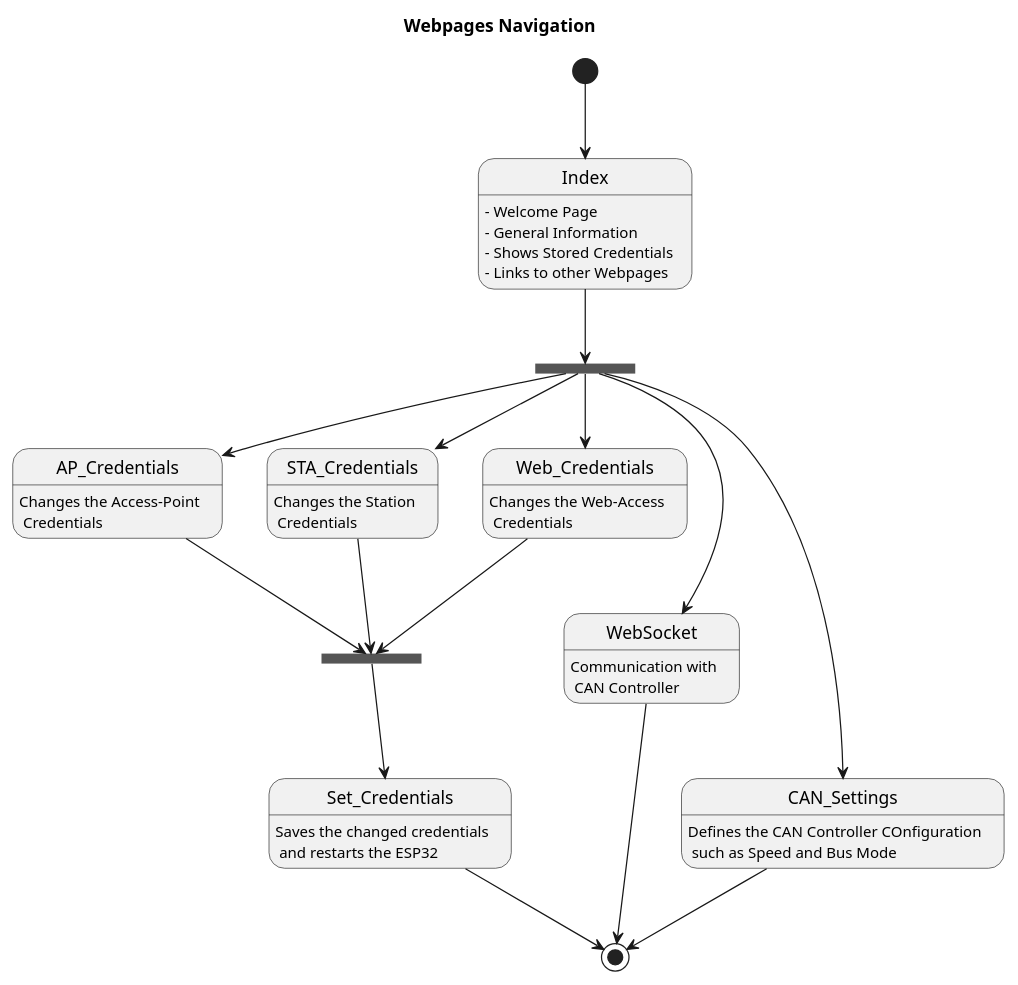
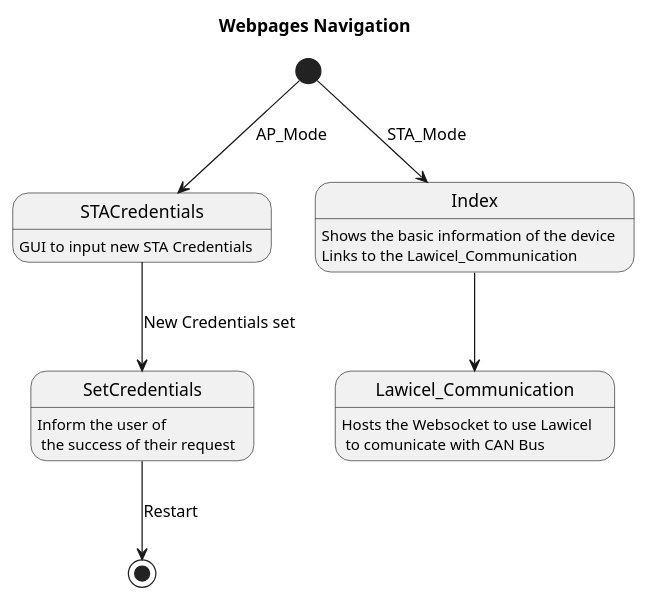
Before and after one commit to NewTec-GmbH/esp32-can-iot: the diagram in Coding/fw/doc/design/Architecture_Webpages.plantuml, drawn with PlantUML. The commit also changed 3 other files, not shown here.

Commit message:
Wrote Detailed Design in Readme and fixed Diagrams

```diff
--- a/Coding/fw/doc/design/Architecture_Webpages.plantuml
+++ b/Coding/fw/doc/design/Architecture_Webpages.plantuml
@@ -1,42 +1,19 @@
 @startuml
 
 Title Webpages Navigation
 
-[*] --> Index
-Index : - Welcome Page
-Index : - General Information
-Index : - Shows Stored Credentials
-Index : - Links to other Webpages
+STACredentials : GUI to input new STA Credentials
+SetCredentials : Inform the user of\n the success of their request
+Index : Shows the basic information of the device
+Index : Links to the Lawicel_Communication
+Lawicel_Communication : Hosts the Websocket to use Lawicel \n to comunicate with CAN Bus
 
-state Index_fork <<fork>>
-    Index --> Index_fork
-
-    Index_fork --> AP_Credentials
-    Index_fork --> STA_Credentials
-    Index_fork --> Web_Credentials
-
-    Index_fork --> WebSocket
-    WebSocket --> [*]
-
-    Index_fork --> CAN_Settings
-    CAN_Settings --> [*]
-
-    AP_Credentials : Changes the Access-Point \n Credentials
-    STA_Credentials : Changes the Station \n Credentials
-    Web_Credentials : Changes the Web-Access \n Credentials
-    WebSocket : Communication with \n CAN Controller
-    CAN_Settings : Defines the CAN Controller COnfiguration \n such as Speed and Bus Mode
+[*] --> STACredentials : AP_Mode
+STACredentials --> SetCredentials : New Credentials set
+SetCredentials --> [*] : Restart
 
 
-state Set_Credentials_fork <<fork>>
-    AP_Credentials --> Set_Credentials_fork
-    STA_Credentials --> Set_Credentials_fork
-    Web_Credentials --> Set_Credentials_fork
-
-    Set_Credentials_fork --> Set_Credentials
-
-    Set_Credentials --> [*]
-
-    Set_Credentials : Saves the changed credentials \n and restarts the ESP32
+[*] --> Index : STA_Mode
+Index --> Lawicel_Communication
 
 @enduml
```
